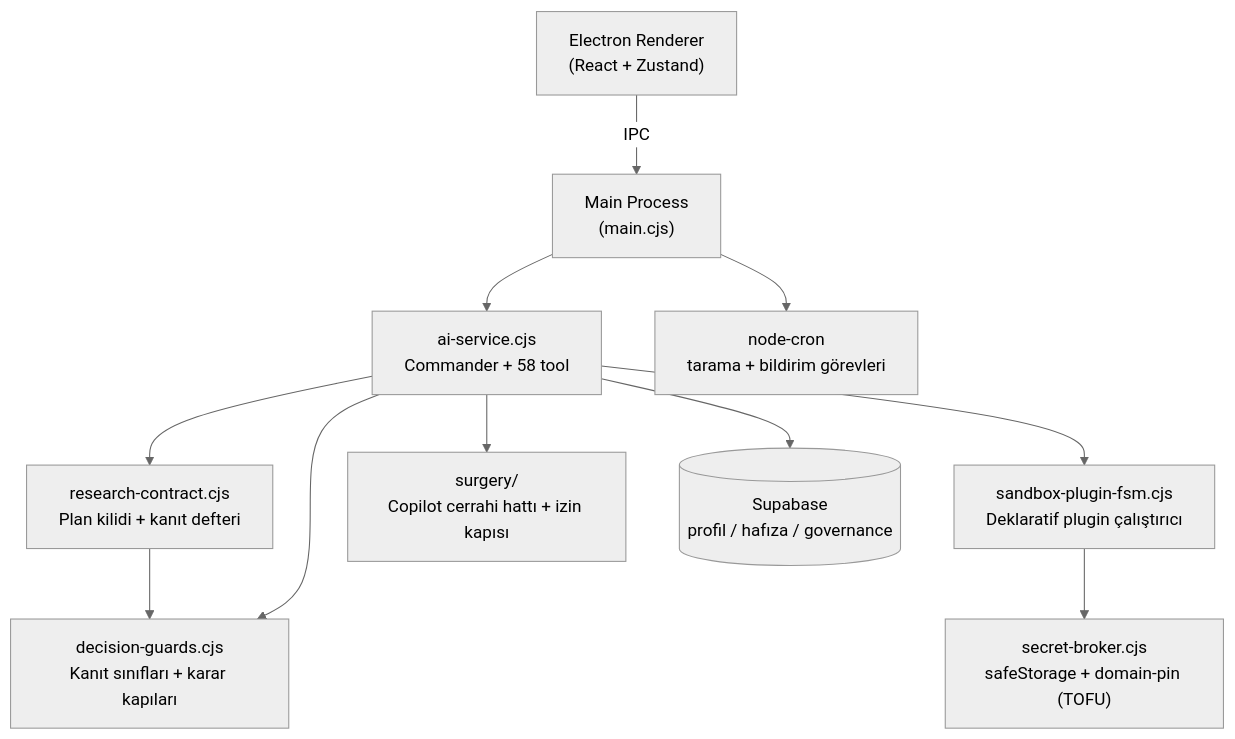
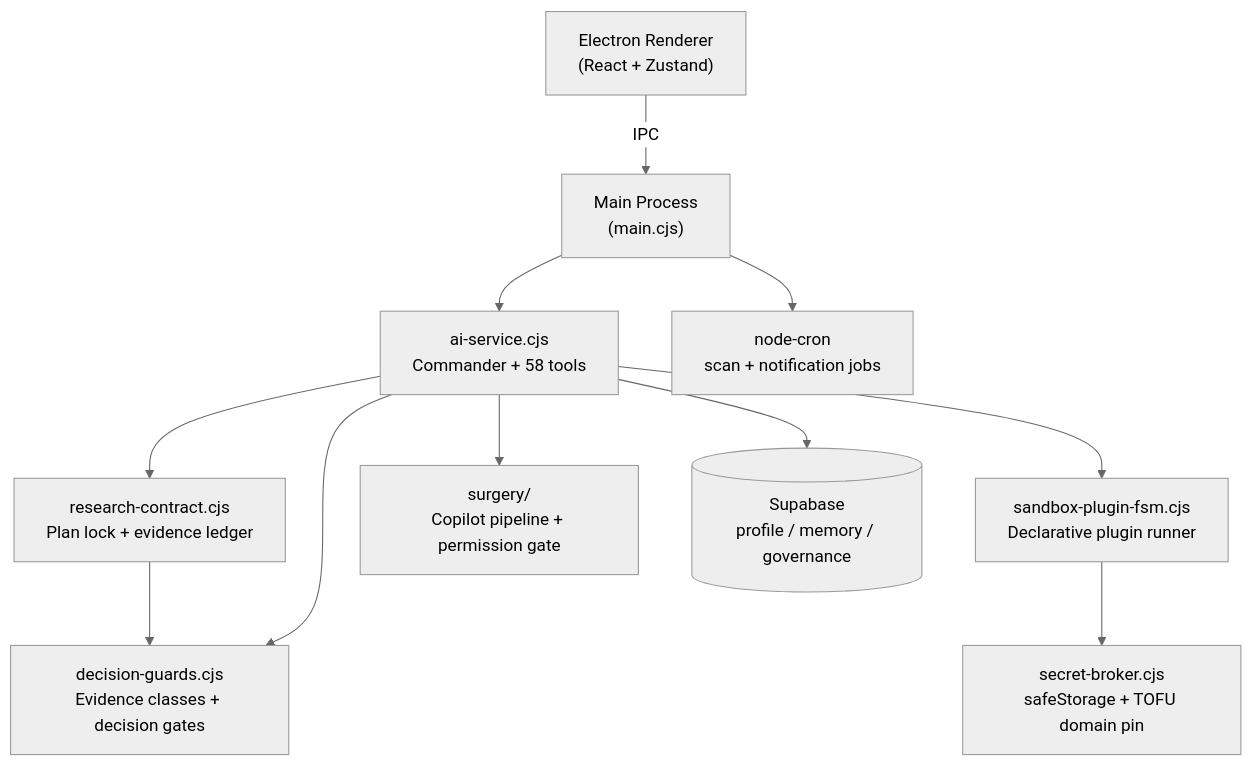
The diagram in README.md (emrahbadas/CAKAL), drawn with Mermaid (neutral theme) before and after one commit. The commit also changed other lines of this file and 2 other files, not shown here.

````diff
--- a/README.md
+++ b/README.md
@@ -133,13 +103,13 @@
 ```mermaid
 flowchart TD
     UI["Electron Renderer<br/>(React + Zustand)"] -->|IPC| MAIN["Main Process<br/>(main.cjs)"]
-    MAIN --> AI["ai-service.cjs<br/>Commander + 58 tool"]
-    AI --> RC["research-contract.cjs<br/>Plan kilidi + kanıt defteri"]
-    RC --> GUARDS["decision-guards.cjs<br/>Kanıt sınıfları + karar kapıları"]
+    MAIN --> AI["ai-service.cjs<br/>Commander + 58 tools"]
+    AI --> RC["research-contract.cjs<br/>Plan lock + evidence ledger"]
+    RC --> GUARDS["decision-guards.cjs<br/>Evidence classes + decision gates"]
     AI --> GUARDS
-    AI --> FSM["sandbox-plugin-fsm.cjs<br/>Deklaratif plugin çalıştırıcı"]
-    FSM --> SB["secret-broker.cjs<br/>safeStorage + domain-pin (TOFU)"]
-    AI --> SURG["surgery/<br/>Copilot cerrahi hattı + izin kapısı"]
-    AI --> SUPA[("Supabase<br/>profil / hafıza / governance")]
-    MAIN --> CRON["node-cron<br/>tarama + bildirim görevleri"]
+    AI --> FSM["sandbox-plugin-fsm.cjs<br/>Declarative plugin runner"]
+    FSM --> SB["secret-broker.cjs<br/>safeStorage + TOFU domain pin"]
+    AI --> SURG["surgery/<br/>Copilot pipeline + permission gate"]
+    AI --> SUPA[("Supabase<br/>profile / memory / governance")]
+    MAIN --> CRON["node-cron<br/>scan + notification jobs"]
 ```
````
